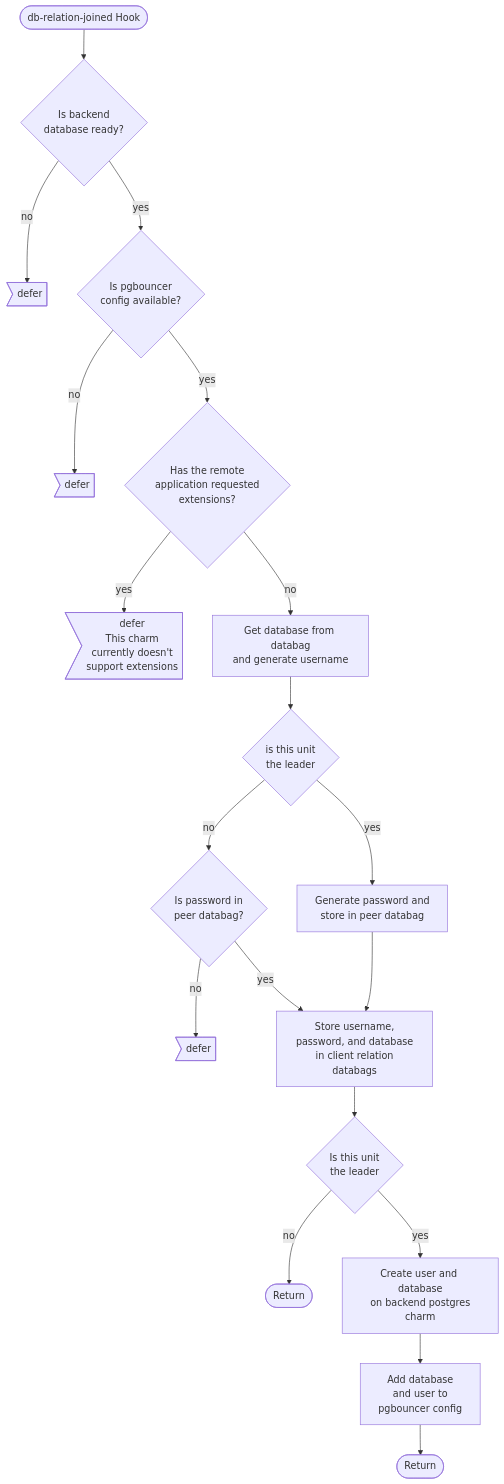
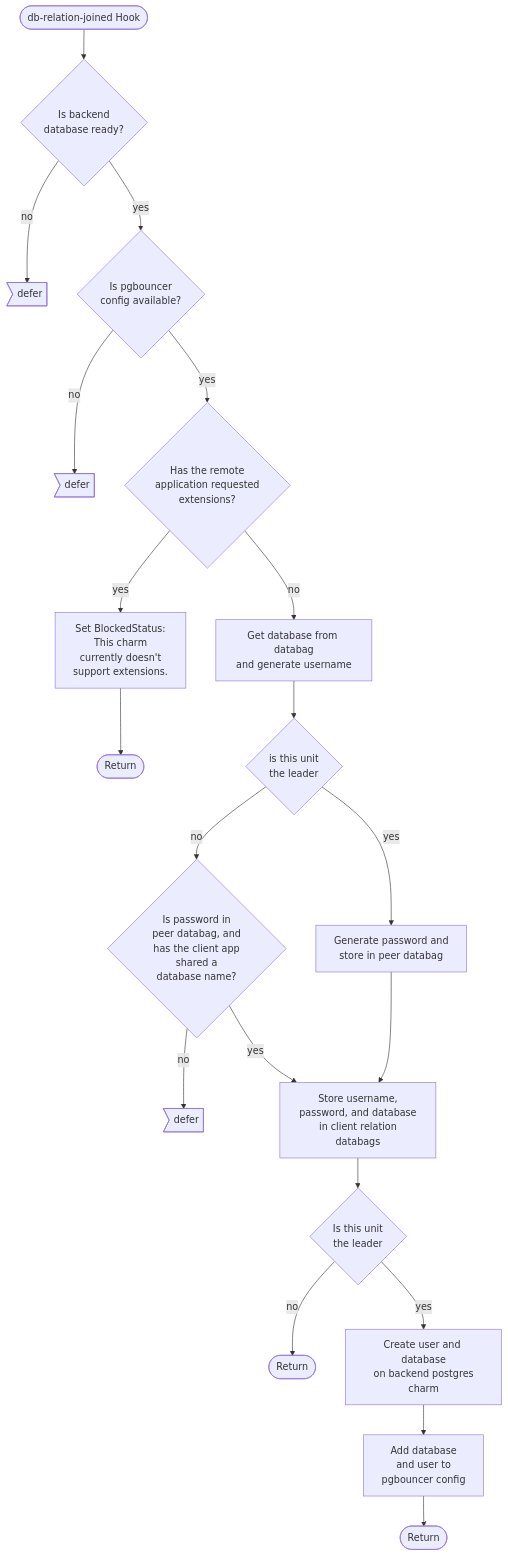
One commit to canonical/pgbouncer-k8s-operator changed the first of 4 diagrams in documentation/reference/relations/db_and_db_admin.md. Above: the diagram before and after it, drawn with Mermaid. The commit also changed 2 other files, not shown here.

Commit message:
updated flowcharts

````diff
--- a/documentation/reference/relations/db_and_db_admin.md
+++ b/documentation/reference/relations/db_and_db_admin.md
@@ -43,21 +43,21 @@
 ```mermaid
 flowchart TD
   hook_fired([db-relation-joined Hook]) --> is_backend_ready{Is backend\ndatabase ready?}
   is_backend_ready -- no --> defer>defer]
   is_backend_ready -- yes --> is_cfg{Is pgbouncer\nconfig available?}
   is_cfg -- no --> defer2>defer]
   is_cfg -- yes --> extension_requested{Has the remote\napplication requested\nextensions?}
-  extension_requested -- yes --> defer3>defer\nThis charm\ncurrently doesn't\nsupport extensions]
+  extension_requested -- yes --> block[Set BlockedStatus: \nThis charm\ncurrently doesn't\nsupport extensions.]--> rtn3([Return])
   extension_requested -- no --> get_data[Get database from databag\nand generate username]
   get_data --> is_leader{is this unit\nthe leader}
-  is_leader -- no --> is_pw_in_databag{Is password in \n peer databag?}
+  is_leader -- no --> is_pw_in_databag{Is password in \n peer databag, and\n has the client app\nshared a \ndatabase name?}
   is_pw_in_databag -- no --> defer4>defer]
   is_pw_in_databag -- yes --> store_data[Store username,\npassword, and database\n in client relation databags]
   is_leader -- yes --> gen_pw[Generate password and\nstore in peer databag]
   gen_pw --> store_data
   store_data --> is_leader2{Is this unit\nthe leader}
   is_leader2 -- no --> rtn([Return])
   is_leader2 -- yes --> create_pg_data[Create user and database\n on backend postgres charm]
   create_pg_data --> add_to_cfg[Add database\nand user to\npgbouncer config]
   add_to_cfg --> rtn2([Return])
 ```
````
